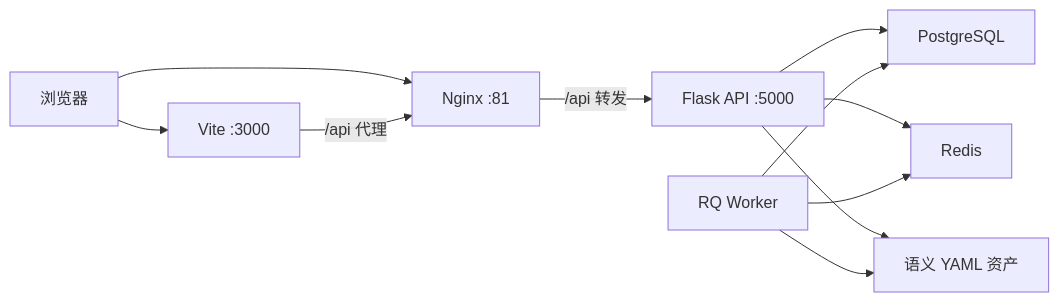
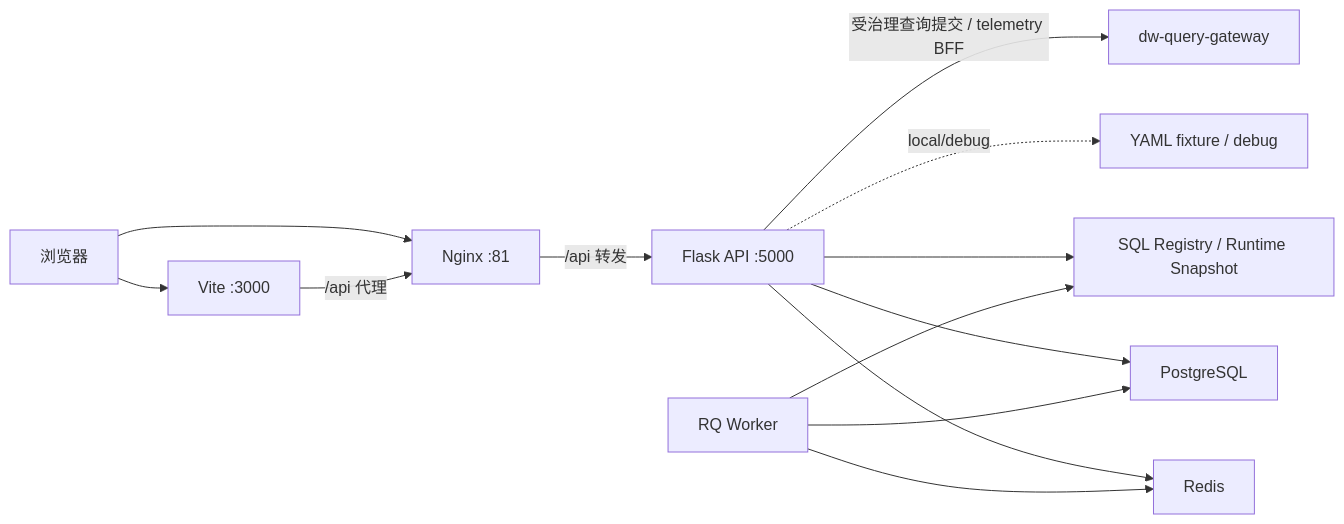
One commit to xza-m/cubic3-data-platform changed the diagram in docs/architecture/system-overview.md. Above: the diagram before and after it, drawn with Mermaid. The commit also changed other lines of this file and 33 other files, not shown here.

````diff
--- a/docs/architecture/system-overview.md
+++ b/docs/architecture/system-overview.md
@@ -31,22 +32,26 @@
 ```mermaid
 graph LR
     Browser["浏览器"]
     Vite["Vite :3000"]
     Nginx["Nginx :81"]
     Flask["Flask API :5000"]
     Redis["Redis"]
     Postgres["PostgreSQL"]
     Worker["RQ Worker"]
-    SemanticFiles["语义 YAML 资产"]
+    SemanticRegistry["SQL Registry / Runtime Snapshot"]
+    YamlFixture["YAML fixture / debug"]
+    Gateway["dw-query-gateway"]
 
     Browser --> Vite
     Browser --> Nginx
     Vite -->|"/api 代理"| Nginx
     Nginx -->|"/api 转发"| Flask
     Flask --> Postgres
     Flask --> Redis
-    Flask --> SemanticFiles
+    Flask --> SemanticRegistry
+    Flask -. local/debug .-> YamlFixture
+    Flask -->|受治理查询提交 / telemetry BFF| Gateway
     Worker --> Redis
     Worker --> Postgres
-    Worker --> SemanticFiles
+    Worker --> SemanticRegistry
 ```
````
